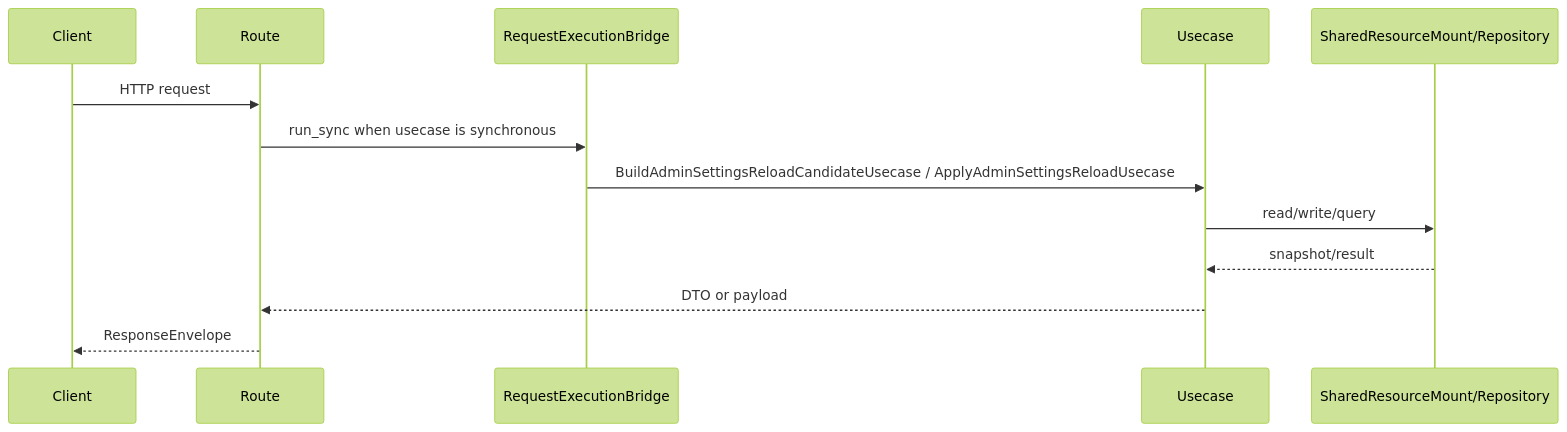
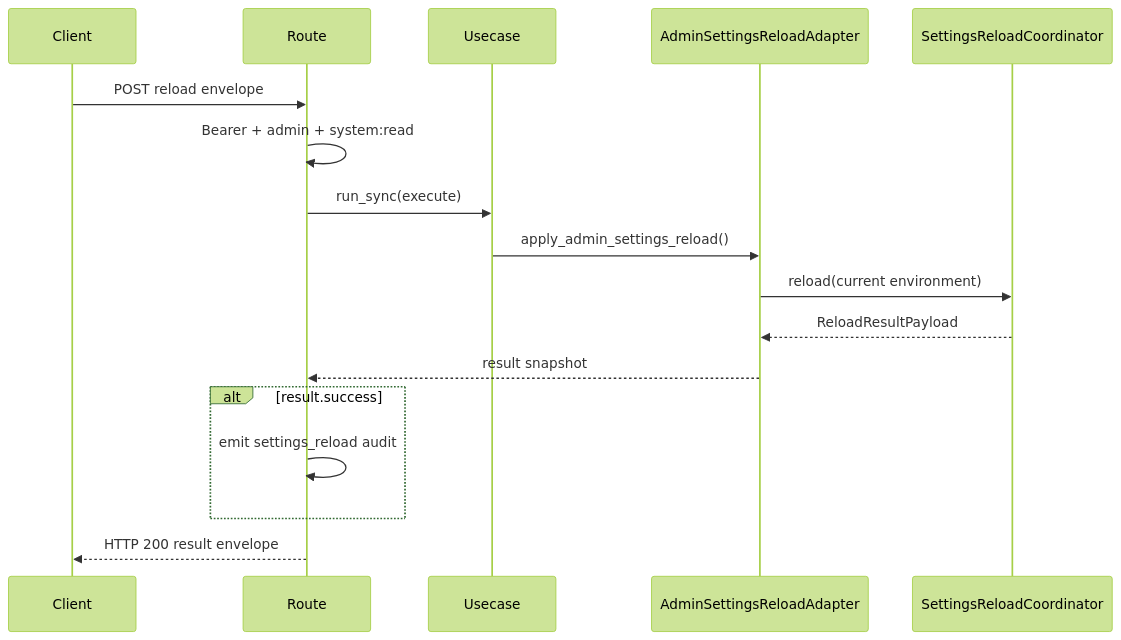
Before and after one commit to 1nuo123/python-web-fastapi: the diagram in docs/project_manual/05_api_reference/admin_settings_api.md, drawn with Mermaid (forest theme). The commit also changed other lines of this file and 304 other files, not shown here.

````diff
--- a/docs/project_manual/05_api_reference/admin_settings_api.md
+++ b/docs/project_manual/05_api_reference/admin_settings_api.md
@@ -48,15 +71,19 @@
 ```mermaid
 sequenceDiagram
-    participant Client
-    participant Route
-    participant Bridge as RequestExecutionBridge
-    participant Usecase
-    participant Port as SharedResourceMount/Repository
-    Client->>Route: HTTP request
-    Route->>Bridge: run_sync when usecase is synchronous
-    Bridge->>Usecase: BuildAdminSettingsReloadCandidateUsecase / ApplyAdminSettingsReloadUsecase
-    Usecase->>Port: read/write/query
-    Port-->>Usecase: snapshot/result
-    Usecase-->>Route: DTO or payload
-    Route-->>Client: ResponseEnvelope
+    participant C as Client
+    participant R as Route
+    participant U as Usecase
+    participant A as AdminSettingsReloadAdapter
+    participant S as SettingsReloadCoordinator
+    C->>R: POST reload envelope
+    R->>R: Bearer + admin + system:read
+    R->>U: run_sync(execute)
+    U->>A: apply_admin_settings_reload()
+    A->>S: reload(current environment)
+    S-->>A: ReloadResultPayload
+    A-->>R: result snapshot
+    alt result.success
+        R->>R: emit settings_reload audit
+    end
+    R-->>C: HTTP 200 result envelope
 ```
````
